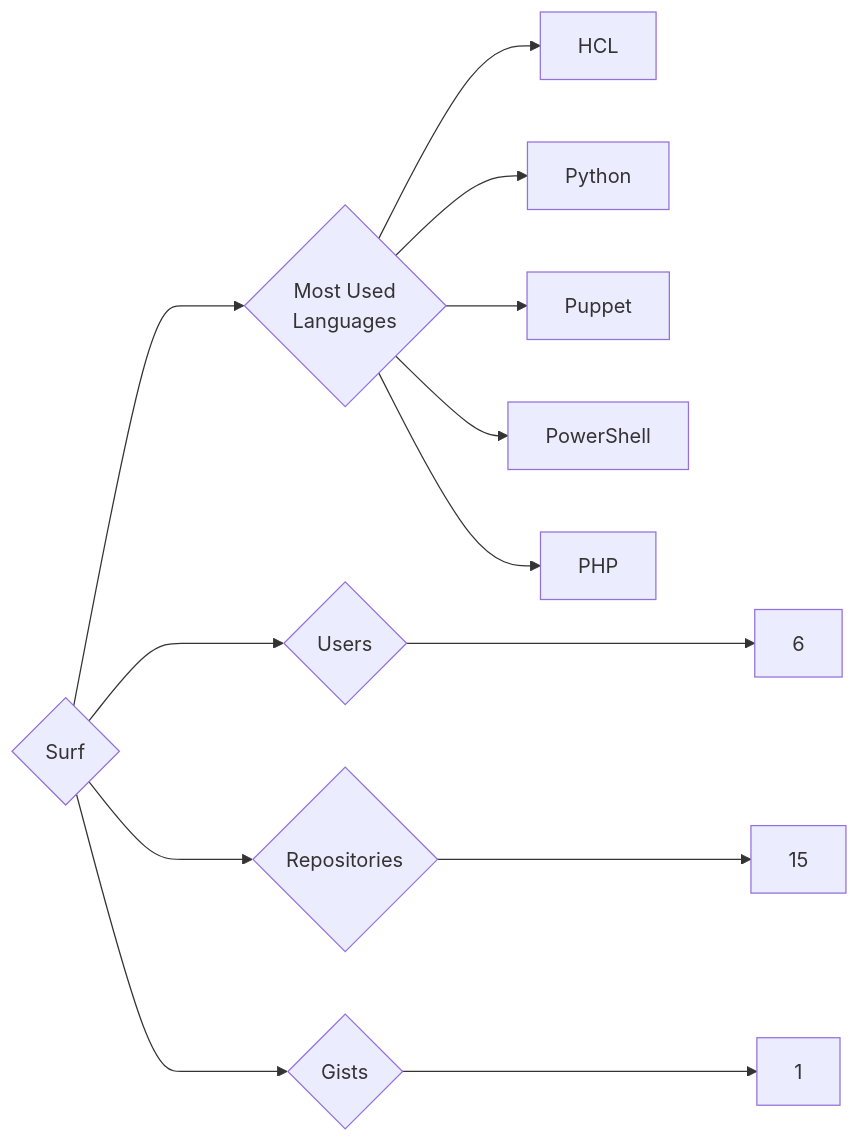
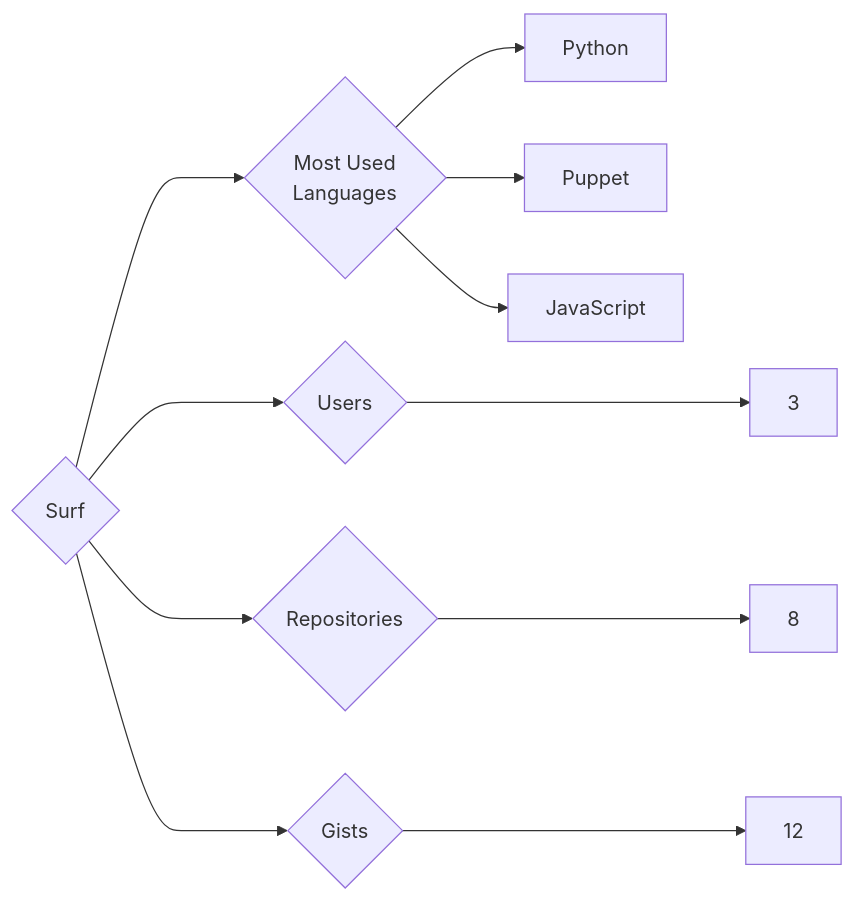
Before and after one commit to trickest/insiders: the diagram in targets/Surf/README.md, drawn with Mermaid. The commit also changed 1496 other files, not shown here.

````diff
--- a/targets/Surf/README.md
+++ b/targets/Surf/README.md
@@ -3,13 +3,11 @@
 ```mermaid
 graph LR
 COMPANY_NAME{Surf}
-COMPANY_NAME ---> U{Users} ---> UN[6]
-COMPANY_NAME ---> R{Repositories} ---> RN[15]
-COMPANY_NAME ---> G{Gists} ---> GN[1]
+COMPANY_NAME ---> U{Users} ---> UN[3]
+COMPANY_NAME ---> R{Repositories} ---> RN[8]
+COMPANY_NAME ---> G{Gists} ---> GN[12]
 COMPANY_NAME ---> ML{Most Used<br>Languages}
-ML --> HCL[HCL]
 ML --> Python[Python]
 ML --> Puppet[Puppet]
-ML --> PowerShell[PowerShell]
-ML --> PHP[PHP]
+ML --> JavaScript[JavaScript]
 ```
````
